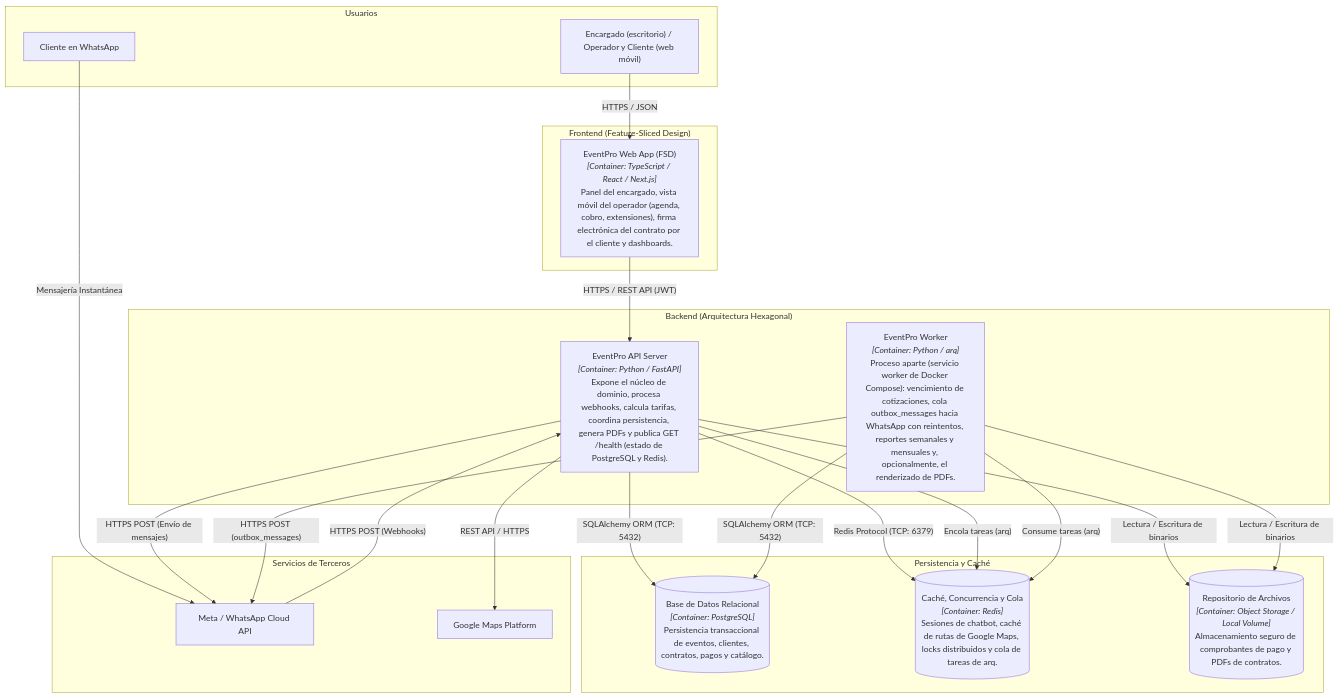
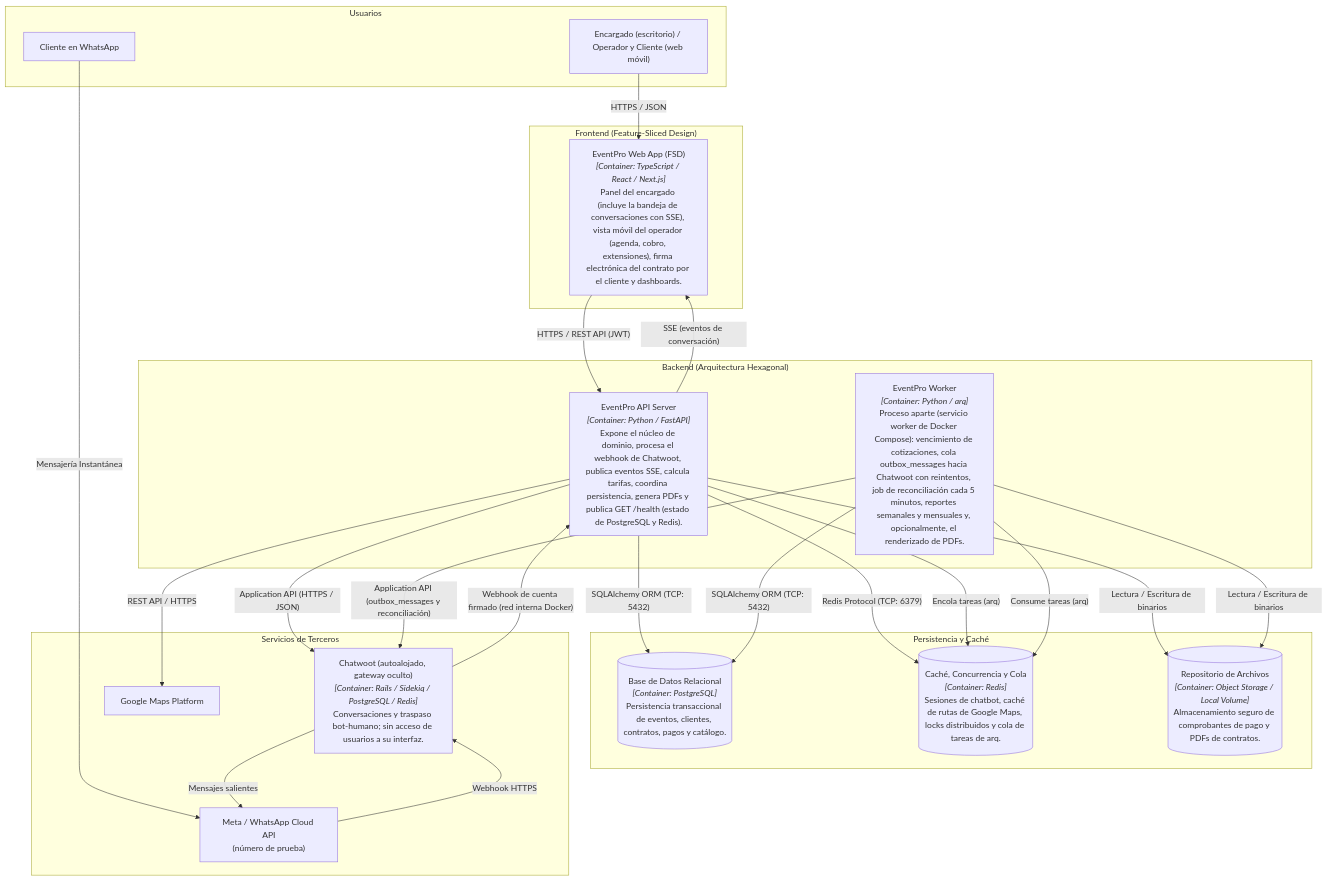
One commit to MathiasTL/EventPro-backend changed the second of 3 diagrams in Docs/02-arquitectura/01-diseno-arquitectonico-c4.md. Above: the diagram before and after it, drawn with Mermaid. The commit also changed other lines of this file and 3 other files, not shown here.

Commit message:
docs: add ADR-10 and align architecture docs with Chatwoot gateway

````diff
--- a/Docs/02-arquitectura/01-diseno-arquitectonico-c4.md
+++ b/Docs/02-arquitectura/01-diseno-arquitectonico-c4.md
@@ -51,43 +54,47 @@
 ```mermaid
 flowchart TB
     subgraph Usuarios["Usuarios"]
         UserWeb["Encargado (escritorio) / Operador y Cliente (web móvil)"]
         UserWhatsApp["Cliente en WhatsApp"]
     end
 
     subgraph FrontendApp["Frontend (Feature-Sliced Design)"]
-        SPA["EventPro Web App (FSD)<br/><i>[Container: TypeScript / React / Next.js]</i><br/>Panel del encargado, vista móvil del operador (agenda, cobro, extensiones), firma electrónica del contrato por el cliente y dashboards."]
+        SPA["EventPro Web App (FSD)<br/><i>[Container: TypeScript / React / Next.js]</i><br/>Panel del encargado (incluye la bandeja de conversaciones con SSE), vista móvil del operador (agenda, cobro, extensiones), firma electrónica del contrato por el cliente y dashboards."]
     end
 
     subgraph BackendApp["Backend (Arquitectura Hexagonal)"]
-        API["EventPro API Server<br/><i>[Container: Python / FastAPI]</i><br/>Expone el núcleo de dominio, procesa webhooks, calcula tarifas, coordina persistencia, genera PDFs y publica GET /health (estado de PostgreSQL y Redis)."]
-        Worker["EventPro Worker<br/><i>[Container: Python / arq]</i><br/>Proceso aparte (servicio worker de Docker Compose): vencimiento de cotizaciones, cola outbox_messages hacia WhatsApp con reintentos, reportes semanales y mensuales y, opcionalmente, el renderizado de PDFs."]
+        API["EventPro API Server<br/><i>[Container: Python / FastAPI]</i><br/>Expone el núcleo de dominio, procesa el webhook de Chatwoot, publica eventos SSE, calcula tarifas, coordina persistencia, genera PDFs y publica GET /health (estado de PostgreSQL y Redis)."]
+        Worker["EventPro Worker<br/><i>[Container: Python / arq]</i><br/>Proceso aparte (servicio worker de Docker Compose): vencimiento de cotizaciones, cola outbox_messages hacia Chatwoot con reintentos, job de reconciliación cada 5 minutos, reportes semanales y mensuales y, opcionalmente, el renderizado de PDFs."]
     end
 
     subgraph Almacenamiento["Persistencia y Caché"]
         DB[("Base de Datos Relacional<br/><i>[Container: PostgreSQL]</i><br/>Persistencia transaccional de eventos, clientes, contratos, pagos y catálogo.")]
         Cache[("Caché, Concurrencia y Cola<br/><i>[Container: Redis]</i><br/>Sesiones de chatbot, caché de rutas de Google Maps, locks distribuidos y cola de tareas de arq.")]
         Storage[("Repositorio de Archivos<br/><i>[Container: Object Storage / Local Volume]</i><br/>Almacenamiento seguro de comprobantes de pago y PDFs de contratos.")]
     end
 
     subgraph ServiciosTerceros["Servicios de Terceros"]
-        ExtWhatsApp["Meta / WhatsApp Cloud API"]
+        ExtWhatsApp["Meta / WhatsApp Cloud API<br/>(número de prueba)"]
+        ExtChatwoot["Chatwoot (autoalojado, gateway oculto)<br/><i>[Container: Rails / Sidekiq / PostgreSQL / Redis]</i><br/>Conversaciones y traspaso bot-humano; sin acceso de usuarios a su interfaz."]
         ExtMaps["Google Maps Platform"]
     end
 
     UserWeb -->|"HTTPS / JSON"| SPA
     SPA -->|"HTTPS / REST API (JWT)"| API
     UserWhatsApp -->|"Mensajería Instantánea"| ExtWhatsApp
-    ExtWhatsApp -->|"HTTPS POST (Webhooks)"| API
-    API -->|"HTTPS POST (Envío de mensajes)"| ExtWhatsApp
+    ExtWhatsApp -->|"Webhook HTTPS"| ExtChatwoot
+    ExtChatwoot -->|"Mensajes salientes"| ExtWhatsApp
+    ExtChatwoot -->|"Webhook de cuenta firmado (red interna Docker)"| API
+    API -->|"Application API (HTTPS / JSON)"| ExtChatwoot
+    API -->|"SSE (eventos de conversación)"| SPA
 
     API -->|"SQLAlchemy ORM (TCP: 5432)"| DB
     API -->|"Redis Protocol (TCP: 6379)"| Cache
     API -->|"Lectura / Escritura de binarios"| Storage
     API -->|"Encola tareas (arq)"| Cache
     Worker -->|"Consume tareas (arq)"| Cache
     Worker -->|"SQLAlchemy ORM (TCP: 5432)"| DB
     Worker -->|"Lectura / Escritura de binarios"| Storage
-    Worker -->|"HTTPS POST (outbox_messages)"| ExtWhatsApp
+    Worker -->|"Application API (outbox_messages y reconciliación)"| ExtChatwoot
     API -->|"REST API / HTTPS"| ExtMaps
 ```
````
